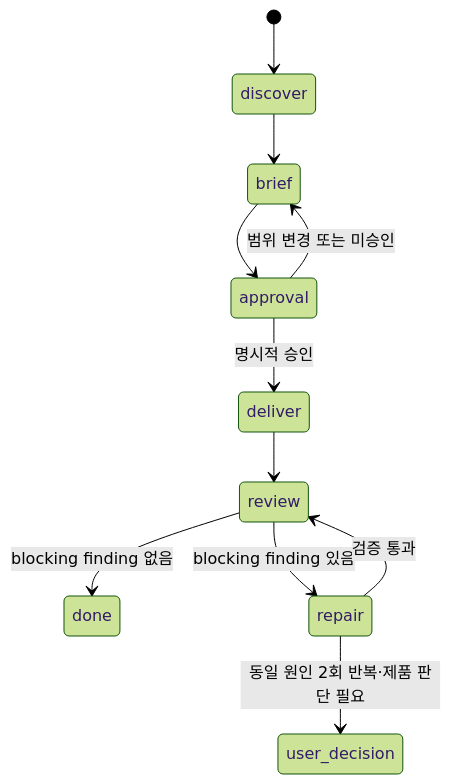
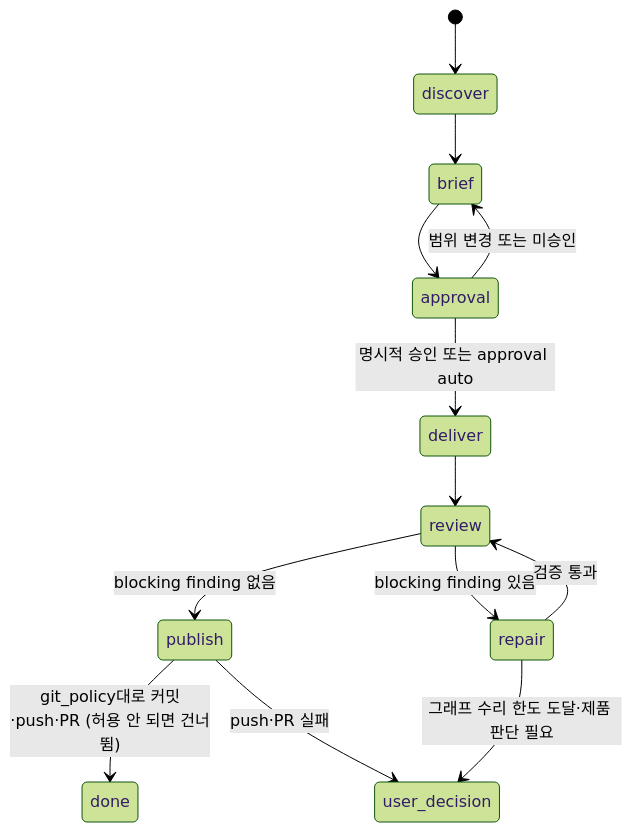
One commit to cano721/ai-harness changed the second of 4 diagrams in README.md. Above: the diagram before and after it, drawn with Mermaid (forest theme). The commit also changed other lines of this file and 20 other files, not shown here.

First line of the commit message:
feat: 위임 구현이 사람 질문 없이 PR까지 간다 (git_policy·approval 모드·publish 노드·수리 한도 10) (#132)

````diff
--- a/README.md
+++ b/README.md
@@ -170,13 +171,15 @@
 ```mermaid
 stateDiagram-v2
     [*] --> discover
     discover --> brief
     brief --> approval
     approval --> brief: 범위 변경 또는 미승인
-    approval --> deliver: 명시적 승인
+    approval --> deliver: 명시적 승인 또는 approval auto
     deliver --> review
-    review --> done: blocking finding 없음
+    review --> publish: blocking finding 없음
     review --> repair: blocking finding 있음
     repair --> review: 검증 통과
-    repair --> user_decision: 동일 원인 2회 반복·제품 판단 필요
+    repair --> user_decision: 그래프 수리 한도 도달·제품 판단 필요
+    publish --> done: git_policy대로 커밋·push·PR (허용 안 되면 건너뜀)
+    publish --> user_decision: push·PR 실패
 ```
````
